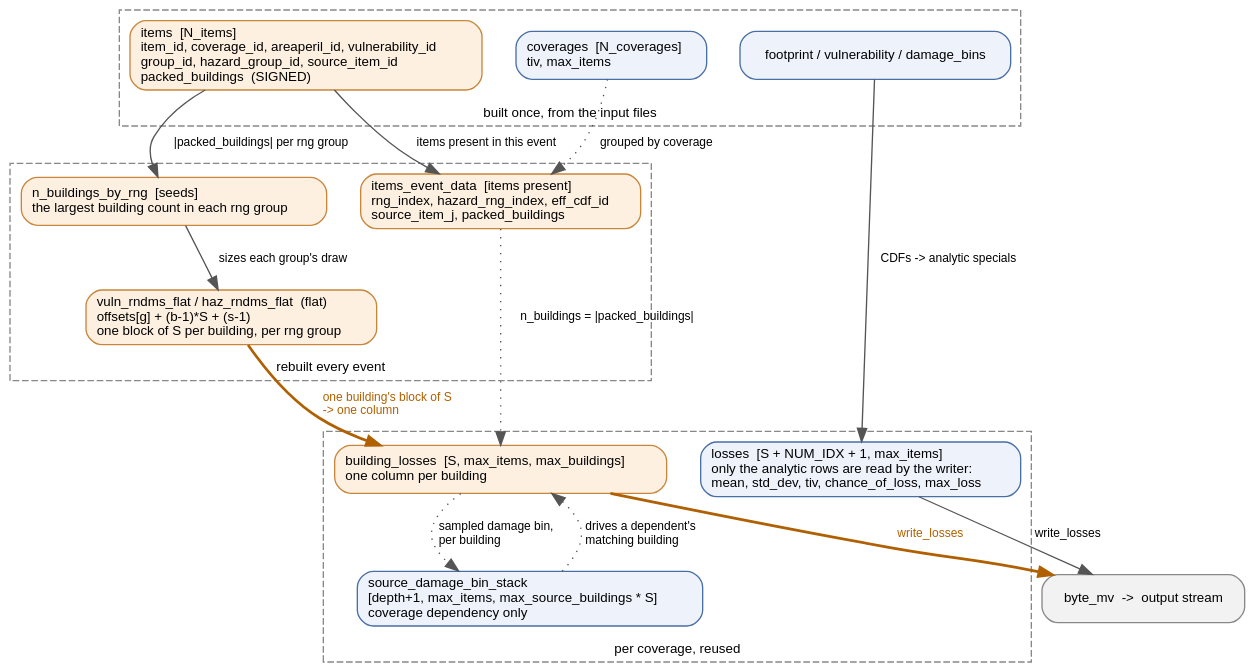
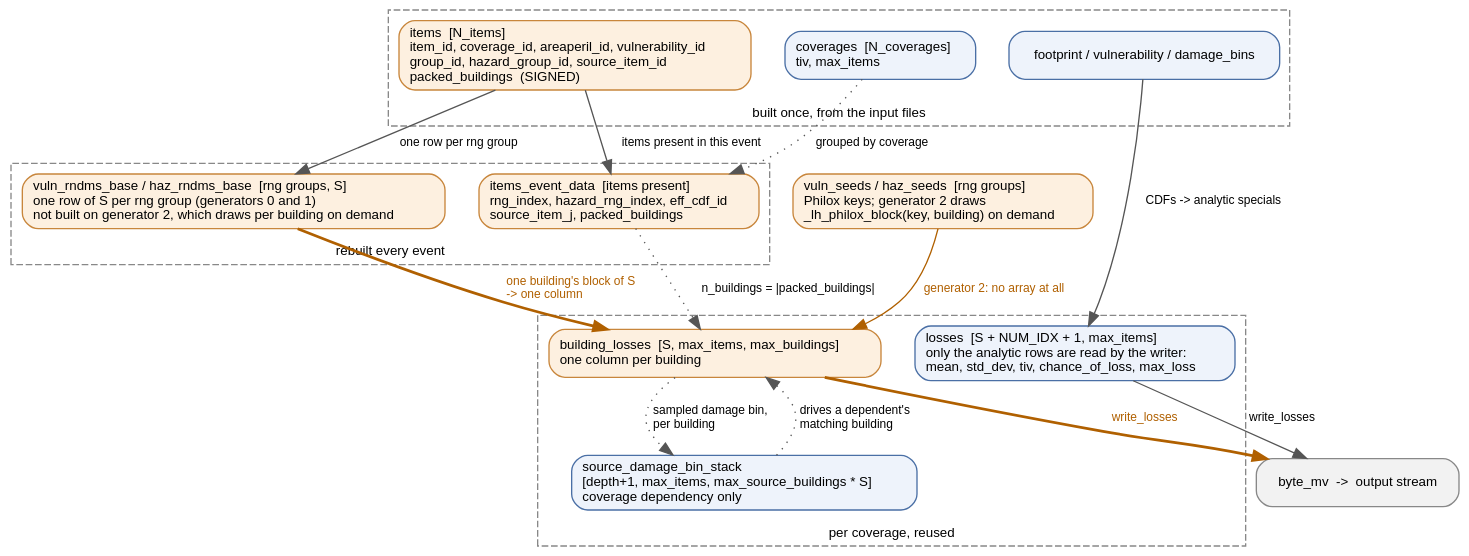
The diagram in oasislmf/pytools/gulmc/diagrams/gulmc_objects.dot (OasisLMF/OasisLMF), drawn with Graphviz before and after one commit. The commit also changed 16 other files, not shown here.

```diff
--- a/oasislmf/pytools/gulmc/diagrams/gulmc_objects.dot
+++ b/oasislmf/pytools/gulmc/diagrams/gulmc_objects.dot
@@ -1,53 +1,53 @@
 // The arrays gulmc computes over, and what flows between them.
 // Render: dot -Tsvg gulmc_objects.dot -o gulmc_objects.svg
 digraph gulmc_objects {
     rankdir=TB;
     bgcolor="transparent";
     nodesep=0.35; ranksep=0.5;
     node [shape=box, style="rounded,filled", fontname="Helvetica", fontsize=10,
           fillcolor="#eef3fb", color="#4a6fa5"];
     edge [fontname="Helvetica", fontsize=9, color="#555555"];
 
     subgraph cluster_static {
         label="built once, from the input files"; labelloc=b;
         fontname="Helvetica"; fontsize=10; color="#888888"; style=dashed;
         items [label="items  [N_items]\litem_id, coverage_id, areaperil_id, vulnerability_id\lgroup_id, hazard_group_id, source_item_id\lpacked_buildings  (SIGNED)\l",
                fillcolor="#fdf0e0", color="#c8863c"];
         coverages [label="coverages  [N_coverages]\ltiv, max_items\l"];
         model [label="footprint / vulnerability / damage_bins"];
     }
 
     subgraph cluster_event {
         label="rebuilt every event"; labelloc=b;
         fontname="Helvetica"; fontsize=10; color="#888888"; style=dashed;
         ied [label="items_event_data  [items present]\lrng_index, hazard_rng_index, eff_cdf_id\lsource_item_j, packed_buildings\l",
              fillcolor="#fdf0e0", color="#c8863c"];
-        nb [label="n_buildings_by_rng  [seeds]\lthe largest building count in each rng group\l",
-            fillcolor="#fdf0e0", color="#c8863c"];
-        rnd [label="vuln_rndms_flat / haz_rndms_flat  (flat)\loffsets[g] + (b-1)*S + (s-1)\lone block of S per building, per rng group\l",
+        rnd [label="vuln_rndms_base / haz_rndms_base  [rng groups, S]\lone row of S per rng group (generators 0 and 1)\lnot built on generator 2, which draws per building on demand\l",
              fillcolor="#fdf0e0", color="#c8863c"];
     }
 
     subgraph cluster_cov {
         label="per coverage, reused"; labelloc=b;
         fontname="Helvetica"; fontsize=10; color="#888888"; style=dashed;
         losses [label="losses  [S + NUM_IDX + 1, max_items]\lonly the analytic rows are read by the writer:\lmean, std_dev, tiv, chance_of_loss, max_loss\l"];
         bl [label="building_losses  [S, max_items, max_buildings]\lone column per building\l",
             fillcolor="#fdf0e0", color="#c8863c"];
         stack [label="source_damage_bin_stack\l[depth+1, max_items, max_source_buildings * S]\lcoverage dependency only\l"];
     }
 
     out [label="byte_mv  ->  output stream", fillcolor="#f2f2f2", color="#888888"];
 
     items -> ied [label="  items present in this event"];
     coverages -> ied [style=dotted, label="  grouped by coverage"];
-    items -> nb [label="  |packed_buildings| per rng group"];
-    nb -> rnd [label="  sizes each group's draw"];
+    items -> rnd [label="  one row per rng group"];
     model -> losses [label="  CDFs -> analytic specials"];
     rnd -> bl [label="  one building's block of S\l  -> one column\l", color="#b06000", fontcolor="#b06000", style=bold];
+    seeds_lazy [label="vuln_seeds / haz_seeds  [rng groups]\lPhilox keys; generator 2 draws\l_lh_philox_block(key, building) on demand\l",
+                fillcolor="#fdf0e0", color="#c8863c"];
+    seeds_lazy -> bl [label="  generator 2: no array at all\l", color="#b06000", fontcolor="#b06000"];
     ied -> bl [style=dotted, label="  n_buildings = |packed_buildings|"];
     bl -> stack [style=dotted, label="  sampled damage bin,\l  per building\l"];
     stack -> bl [style=dotted, label="  drives a dependent's\l  matching building\l"];
     losses -> out [label="  write_losses"];
     bl -> out [label="  write_losses", color="#b06000", fontcolor="#b06000", style=bold];
 }
```
